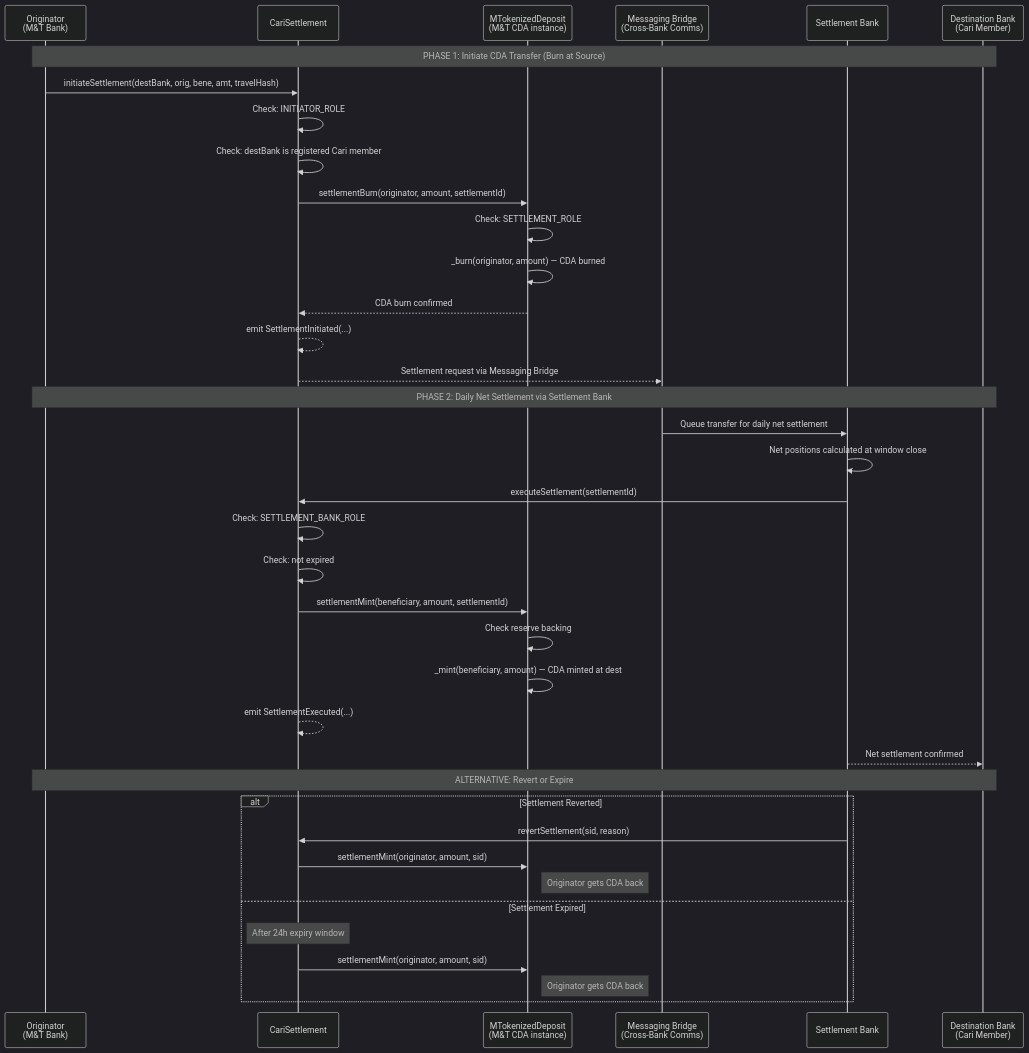
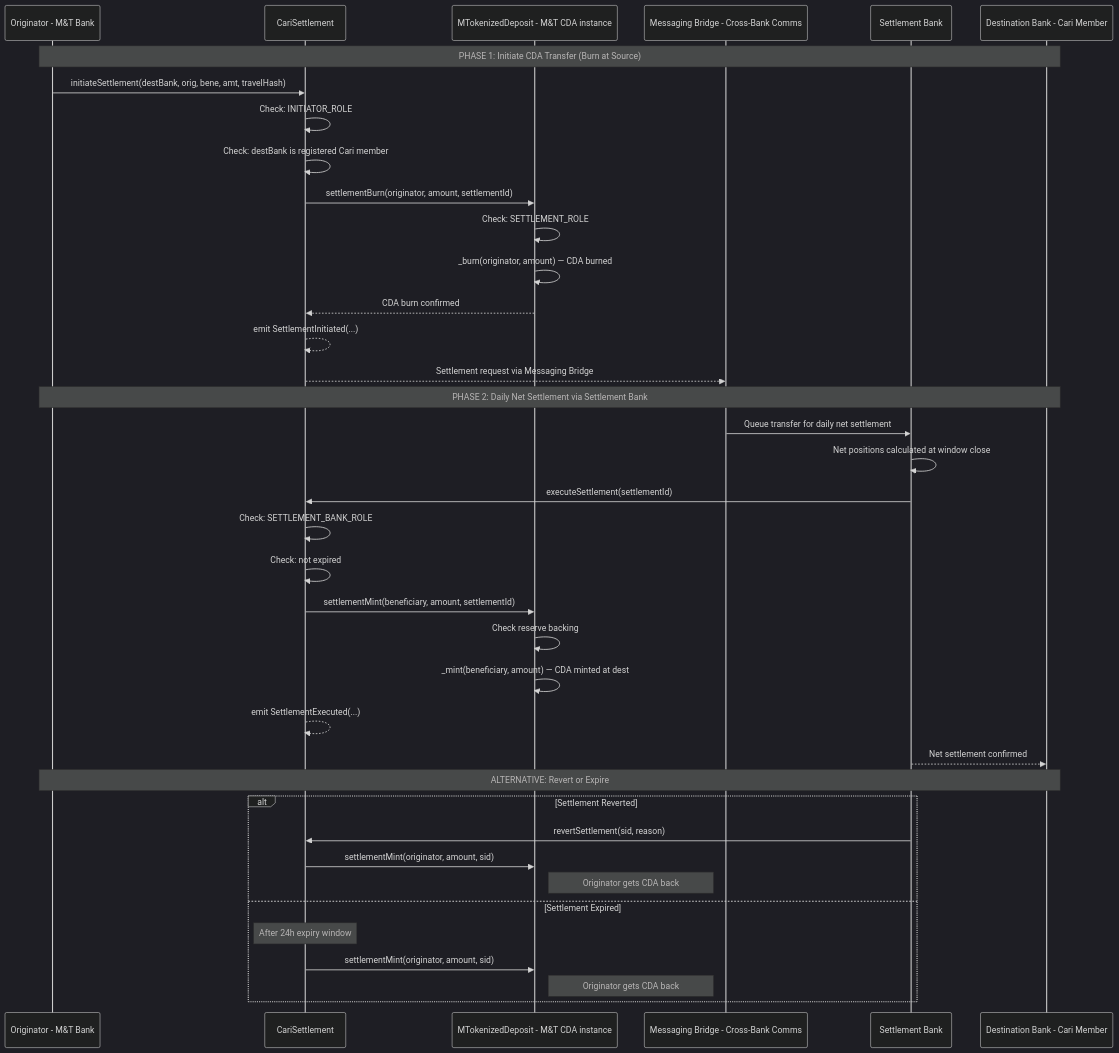
One commit to jnodes/tokenized-deposits changed the fourth of 6 diagrams in docs/contract_flow_diagrams.md. Above: the diagram before and after it, drawn with Mermaid (dark theme). The commit also changed other lines of this file and 6 other files, not shown here.

Commit message:
fix: repair Mermaid diagram syntax for GitHub rendering — quote special chars, remove em-dashes, fix participant labels

````diff
--- a/docs/contract_flow_diagrams.md
+++ b/docs/contract_flow_diagrams.md
@@ -91,46 +91,46 @@
 ```mermaid
 sequenceDiagram
-    participant Originator as Originator<br/>(M&T Bank)
+    participant Originator as Originator - M&T Bank
     participant Settlement as CariSettlement
-    participant Token as MTokenizedDeposit<br/>(M&T CDA instance)
-    participant Bridge as Messaging Bridge<br/>(Cross-Bank Comms)
+    participant Token as MTokenizedDeposit - M&T CDA instance
+    participant Bridge as Messaging Bridge - Cross-Bank Comms
     participant SBank as Settlement Bank
-    participant DestBank as Destination Bank<br/>(Cari Member)
+    participant DestBank as Destination Bank - Cari Member
 
     Note over Originator,DestBank: PHASE 1: Initiate CDA Transfer (Burn at Source)
 
     Originator->>Settlement: initiateSettlement(destBank, orig, bene, amt, travelHash)
     Settlement->>Settlement: Check: INITIATOR_ROLE
     Settlement->>Settlement: Check: destBank is registered Cari member
     Settlement->>Token: settlementBurn(originator, amount, settlementId)
     Token->>Token: Check: SETTLEMENT_ROLE
     Token->>Token: _burn(originator, amount) — CDA burned
     Token-->>Settlement: CDA burn confirmed
     Settlement-->>Settlement: emit SettlementInitiated(...)
     Settlement-->>Bridge: Settlement request via Messaging Bridge
 
     Note over Originator,DestBank: PHASE 2: Daily Net Settlement via Settlement Bank
 
     Bridge->>SBank: Queue transfer for daily net settlement
     SBank->>SBank: Net positions calculated at window close
     SBank->>Settlement: executeSettlement(settlementId)
     Settlement->>Settlement: Check: SETTLEMENT_BANK_ROLE
     Settlement->>Settlement: Check: not expired
     Settlement->>Token: settlementMint(beneficiary, amount, settlementId)
     Token->>Token: Check reserve backing
     Token->>Token: _mint(beneficiary, amount) — CDA minted at dest
     Settlement-->>Settlement: emit SettlementExecuted(...)
     SBank-->>DestBank: Net settlement confirmed
 
     Note over Originator,DestBank: ALTERNATIVE: Revert or Expire
 
     alt Settlement Reverted
         SBank->>Settlement: revertSettlement(sid, reason)
         Settlement->>Token: settlementMint(originator, amount, sid)
         Note right of Token: Originator gets CDA back
     else Settlement Expired
         Note over Settlement: After 24h expiry window
         Settlement->>Token: settlementMint(originator, amount, sid)
         Note right of Token: Originator gets CDA back
     end
 ```
````
